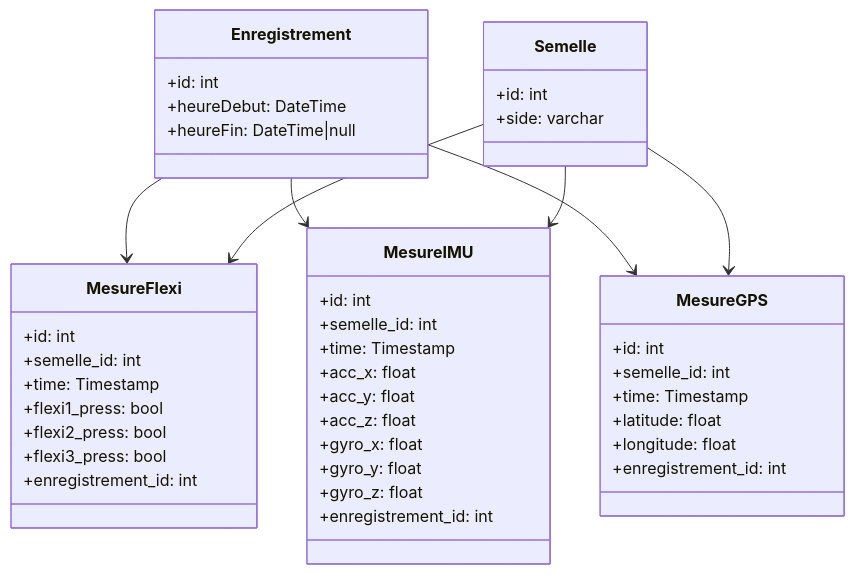
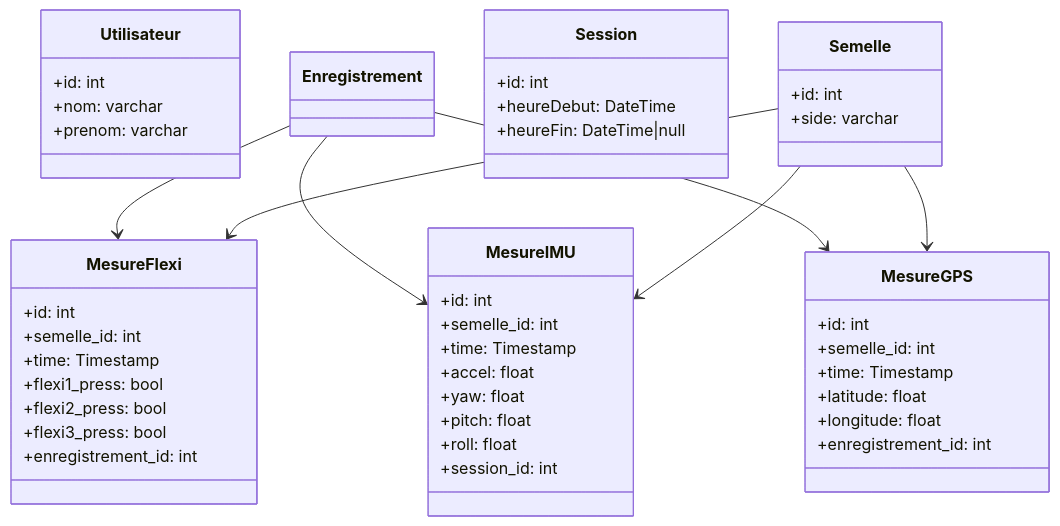
The diagram in semelle/README.md (lpeyr/p2i), drawn with Mermaid before and after one commit. The commit also changed 4 other files, not shown here.

Commit message:
doc: Add new DB schema and UML

````diff
--- a/semelle/README.md
+++ b/semelle/README.md
@@ -41,51 +41,54 @@
 ```mermaid
 classDiagram
+    class Utilisateur {
+        +id: int
+        +nom: varchar
+        +prenom: varchar
+    }
     class Semelle {
         +id: int
         +side: varchar
     }
     class MesureFlexi {
         +id: int
         +semelle_id: int
         +time: Timestamp
         +flexi1_press: bool
         +flexi2_press: bool
         +flexi3_press: bool
         +enregistrement_id: int
     }
 
     class MesureIMU {
         +id: int
         +semelle_id: int
         +time: Timestamp
-        +acc_x: float
-        +acc_y: float
-        +acc_z: float
-        +gyro_x: float
-        +gyro_y: float
-        +gyro_z: float
-        +enregistrement_id: int
+        +accel: float
+        +yaw: float
+        +pitch: float
+        +roll: float
+        +session_id: int
     }
 
     class MesureGPS {
         +id: int
         +semelle_id: int
         +time: Timestamp
         +latitude: float
         +longitude: float
         +enregistrement_id: int
     }
 
-    class Enregistrement {
+    class Session {
         +id: int
         +heureDebut: DateTime
         +heureFin: DateTime|null
     }
 
     Enregistrement --> MesureFlexi
     Semelle --> MesureFlexi
     Enregistrement --> MesureIMU
     Semelle --> MesureIMU
     Enregistrement --> MesureGPS
     Semelle --> MesureGPS
 ```
````
